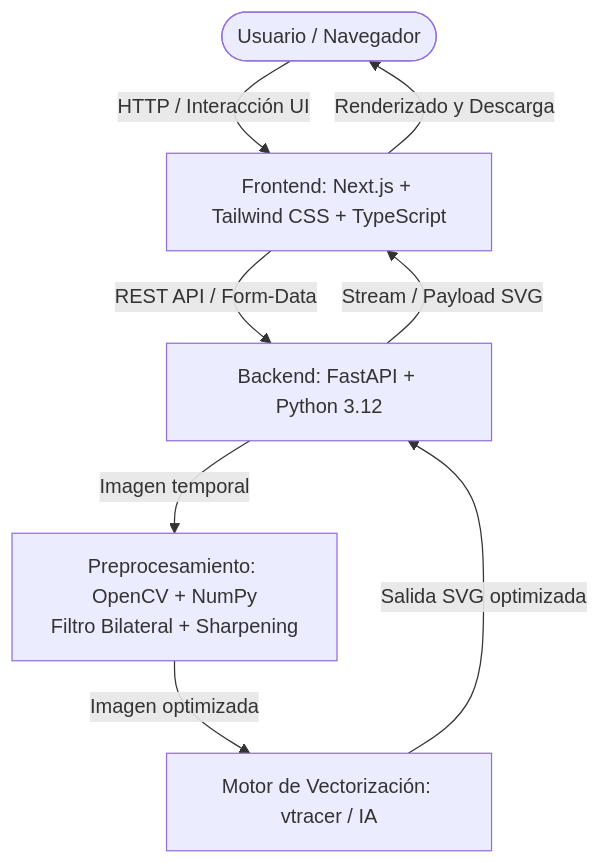
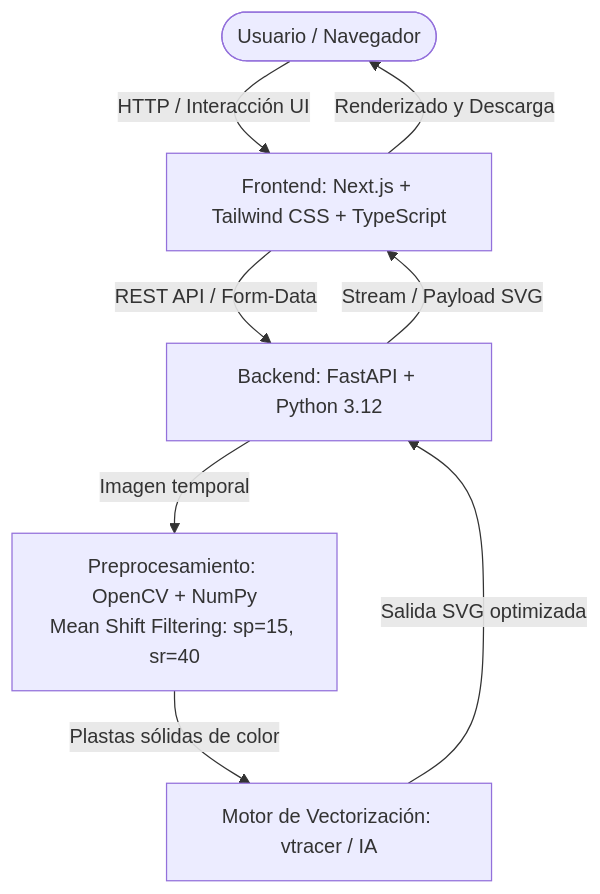
Before and after one commit to zamora322/TraceAI: the diagram in README.md, drawn with Mermaid. The commit also changed other lines of this file and 1 other file, not shown here.

Commit message:
feat(backend): implementar segmentación Mean Shift con OpenCV y optimizar parámetros de VTracer

````diff
--- a/README.md
+++ b/README.md
@@ -23,10 +23,10 @@
 ```mermaid
 graph TD
     User([Usuario / Navegador]) -->|HTTP / Interacción UI| Frontend[Frontend: Next.js + Tailwind CSS + TypeScript]
     Frontend -->|REST API / Form-Data| Backend[Backend: FastAPI + Python 3.12]
-    Backend -->|Imagen temporal| Preprocess[Preprocesamiento: OpenCV + NumPy<br>Filtro Bilateral + Sharpening]
-    Preprocess -->|Imagen optimizada| Engine[Motor de Vectorización: vtracer / IA]
+    Backend -->|Imagen temporal| Preprocess[Preprocesamiento: OpenCV + NumPy<br>Mean Shift Filtering: sp=15, sr=40]
+    Preprocess -->|Plastas sólidas de color| Engine[Motor de Vectorización: vtracer / IA]
     Engine -->|Salida SVG optimizada| Backend
     Backend -->|Stream / Payload SVG| Frontend
     Frontend -->|Renderizado y Descarga| User
 ```
````
